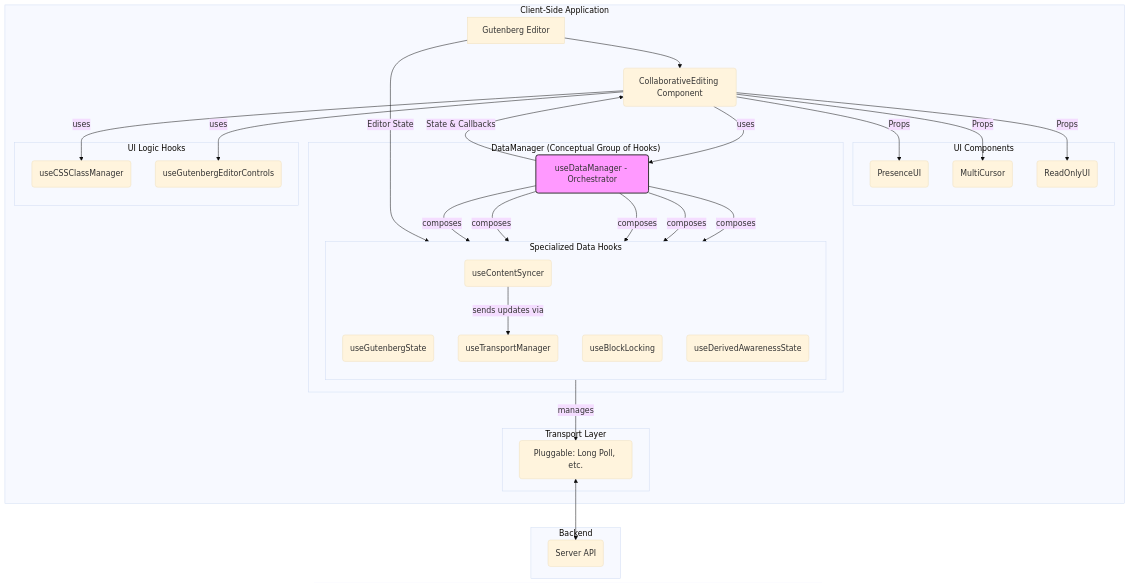
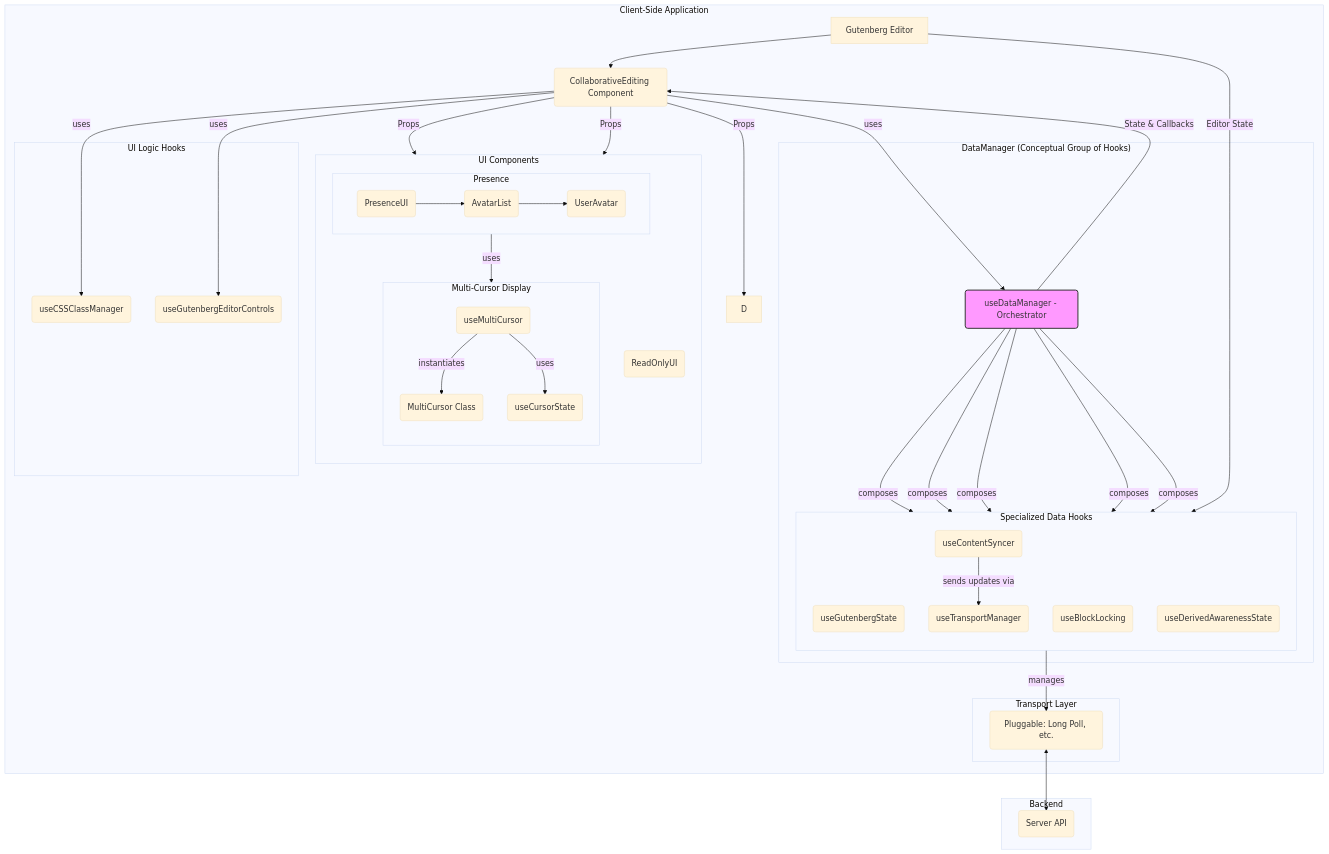
One commit to ashfame/gutenberg-collaborative-editing changed the diagram in architecture.md. Above: the diagram before and after it, drawn with Mermaid (base theme).

Commit message:
update diagram - more details about UI components

````diff
--- a/architecture.md
+++ b/architecture.md
@@ -34,62 +34,79 @@
 ```mermaid
 graph TD
     subgraph "Client-Side Application"
         A[Gutenberg Editor] --> B(CollaborativeEditing Component);
 
         subgraph "UI Components"
-            C(PresenceUI)
-            D(MultiCursor)
+            direction TB
+            
+            subgraph "Presence"
+                direction LR
+                C(PresenceUI) --> AL(AvatarList)
+                AL --> UA(UserAvatar)
+            end
+            
+            subgraph "Multi-Cursor Display"
+                 direction TB
+                 UMC_Hook(useMultiCursor)
+                 MC_Class(MultiCursor Class)
+                 UCS_Hook(useCursorState)
+                 UMC_Hook -- "instantiates" --> MC_Class
+                 UMC_Hook -- "uses" --> UCS_Hook
+            end
+
+            C -- "uses" --> UMC_Hook
+            
             E(ReadOnlyUI)
         end
 
         subgraph "DataManager (Conceptual Group of Hooks)"
             UDM(useDataManager - Orchestrator)
             
             subgraph "Specialized Data Hooks"
                 direction TB
                 UGS(useGutenbergState)
                 UTM(useTransportManager)
                 UCS(useContentSyncer)
                 UBL(useBlockLocking)
                 UDAS(useDerivedAwarenessState)
             end
         end
         
         subgraph "UI Logic Hooks"
              UCCM(useCSSClassManager)
              UGEC(useGutenbergEditorControls)
         end
         
         subgraph "Transport Layer"
              J(Pluggable: Long Poll, etc.)
         end
 
         B -- "uses" --> UDM;
         B -- "uses" --> UCCM;
         B -- "uses" --> UGEC;
         
         UDM -- "State & Callbacks" --> B;
 
         B -- "Props" --> C;
         B -- "Props" --> D;
         B -- "Props" --> E;
 
         UDM -- "composes" --> UGS;
         UDM -- "composes" --> UTM;
         UDM -- "composes" --> UCS;
         UDM -- "composes" --> UBL;
         UDM -- "composes" --> UDAS;
         
         A -- "Editor State" --> UGS;
         UCS -- "sends updates via" --> UTM;
         UTM -- "manages" --> J;
     end
 
     subgraph Backend
         K(Server API)
     end
 
     J <--> K;
 
     style UDM fill:#f9f,stroke:#333,stroke-width:2px
 ```
````
